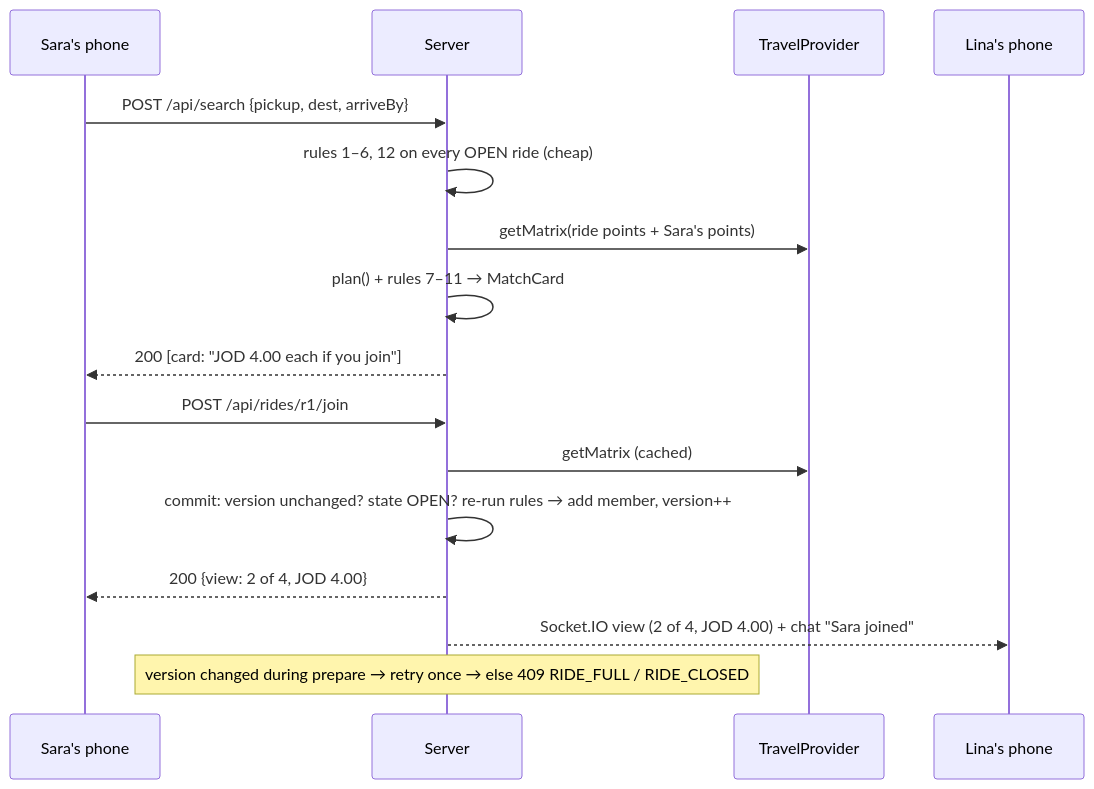
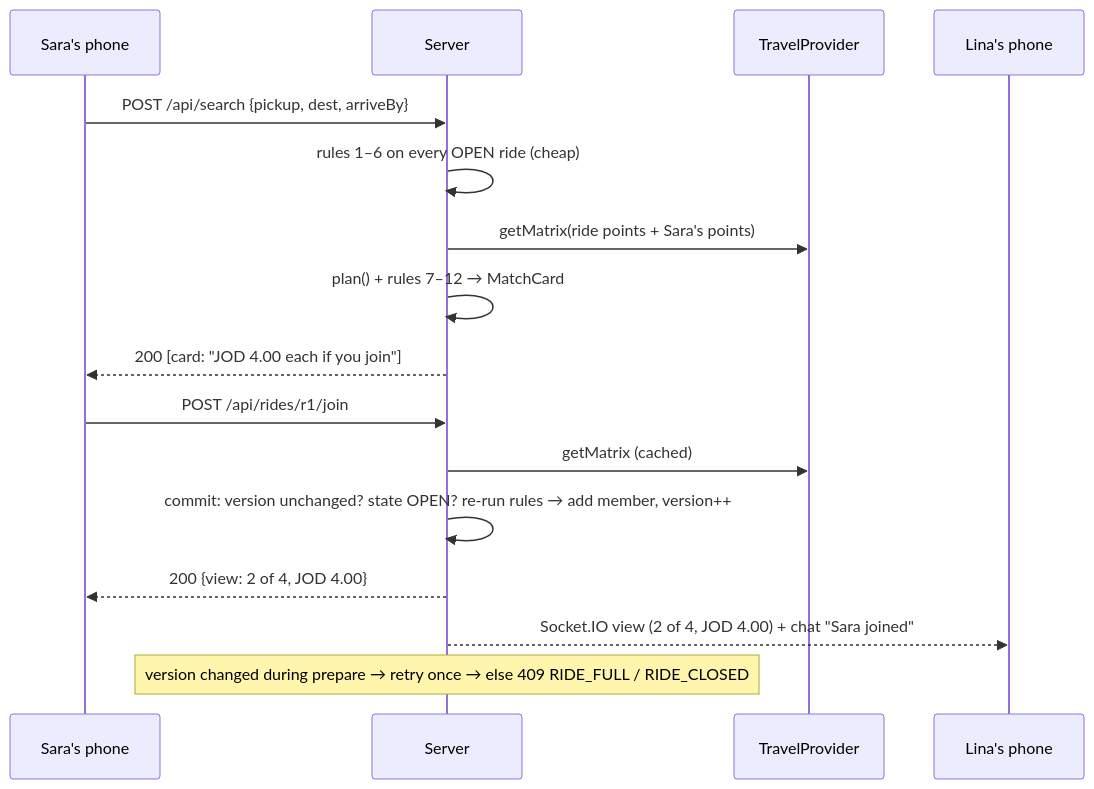
The second of 2 diagrams in docs/ARCHITECTURE.md (manifestxw/NextStop), drawn with Mermaid before and after one commit. The commit also changed other lines of this file and 8 other files, not shown here.

Commit message:
Align ride rules, demo flow and reference fare checks

````diff
--- a/docs/ARCHITECTURE.md
+++ b/docs/ARCHITECTURE.md
@@ -766,18 +772,18 @@
 ```mermaid
 sequenceDiagram
   participant B as Sara's phone
   participant S as Server
   participant T as TravelProvider
   participant A as Lina's phone
   B->>S: POST /api/search {pickup, dest, arriveBy}
-  S->>S: rules 1–6, 12 on every OPEN ride (cheap)
+  S->>S: rules 1–6 on every OPEN ride (cheap)
   S->>T: getMatrix(ride points + Sara's points)
-  S->>S: plan() + rules 7–11 → MatchCard
+  S->>S: plan() + rules 7–12 → MatchCard
   S-->>B: 200 [card: "JOD 4.00 each if you join"]
   B->>S: POST /api/rides/r1/join
   S->>T: getMatrix (cached)
   S->>S: commit: version unchanged? state OPEN? re-run rules → add member, version++
   S-->>B: 200 {view: 2 of 4, JOD 4.00}
   S-->>A: Socket.IO view (2 of 4, JOD 4.00) + chat "Sara joined"
   Note over S: version changed during prepare → retry once → else 409 RIDE_FULL / RIDE_CLOSED
 ```
````
